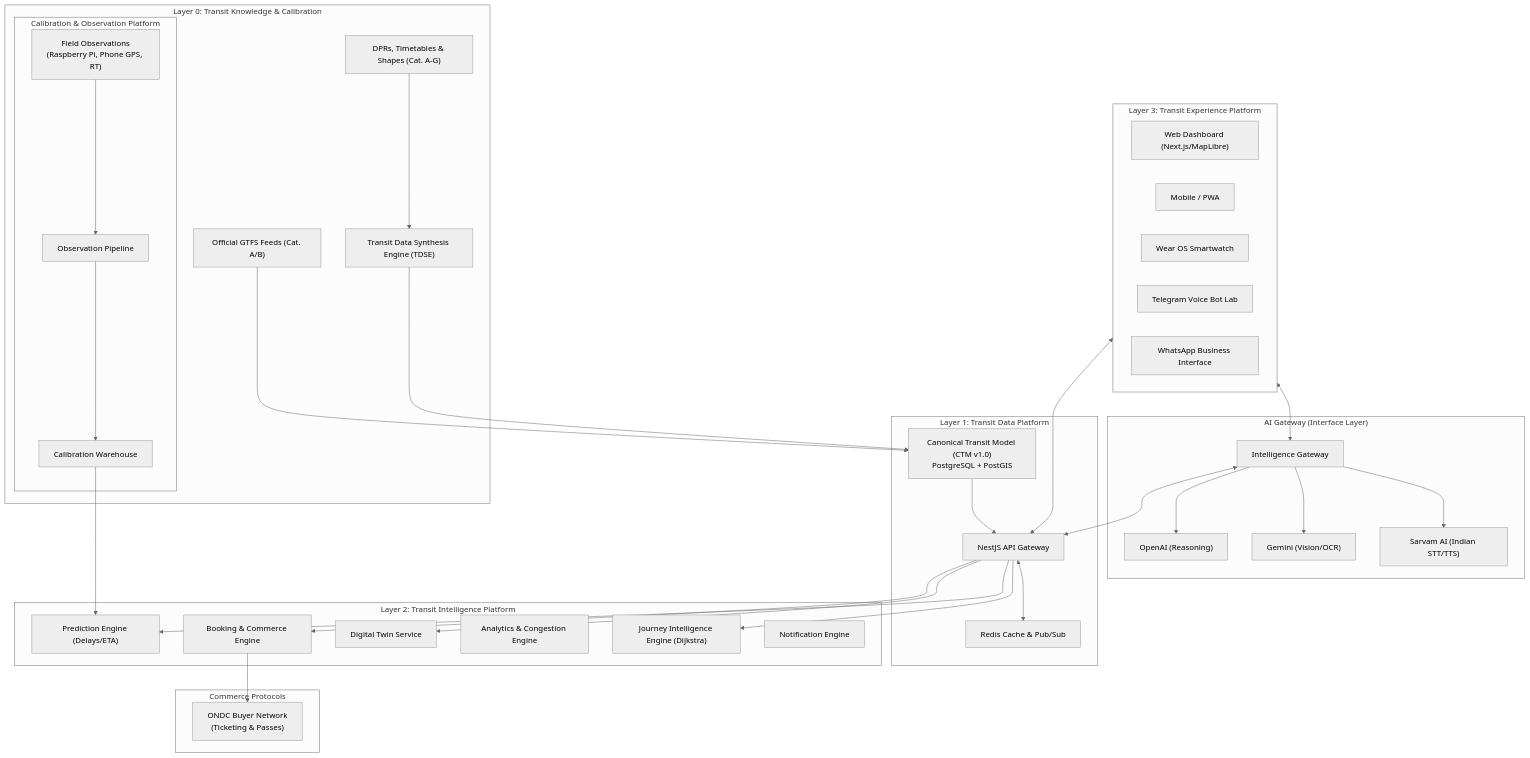
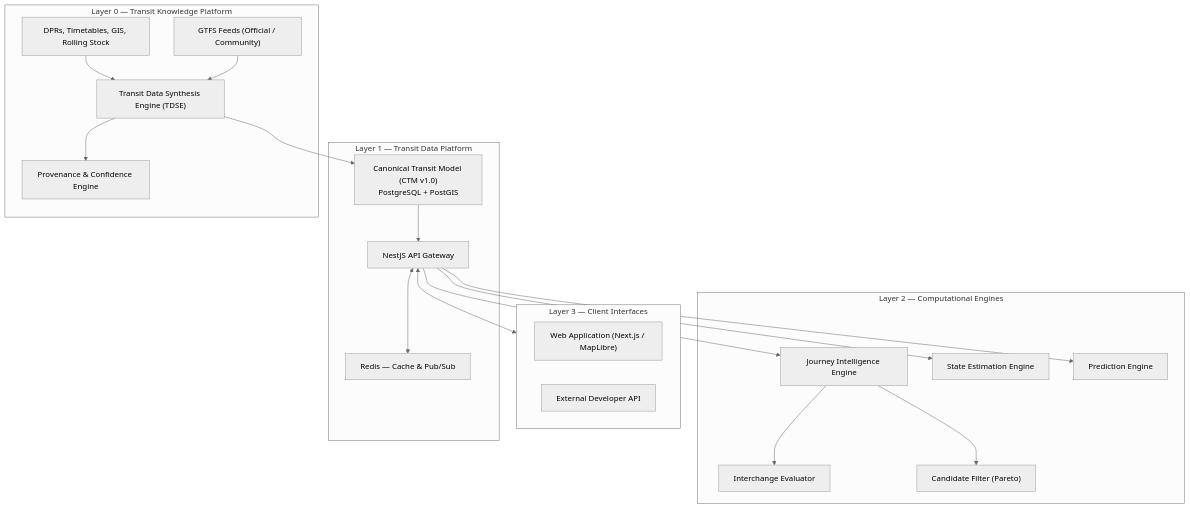
Before and after one commit to Gautam2665/MetroRadar: the first of 2 diagrams in ARCHITECTURE.md, drawn with Mermaid (neutral theme). The commit also changed other lines of this file and 13 other files, not shown here.

````diff
--- a/ARCHITECTURE.md
+++ b/ARCHITECTURE.md
@@ -13,67 +33,41 @@
 ```mermaid
 graph TD
-    subgraph Experience["Layer 3: Transit Experience Platform"]
-        Web["Web Dashboard (Next.js/MapLibre)"]
-        Mobile["Mobile / PWA"]
-        Watch["Wear OS Smartwatch"]
-        Telegram["Telegram Voice Bot Lab"]
-        WhatsApp["WhatsApp Business Interface"]
+    subgraph L3["Layer 3 — Client Interfaces"]
+        Web["Web Application (Next.js / MapLibre)"]
+        API_ext["External Developer API"]
     end
 
-    subgraph IntelligenceGateway["AI Gateway (Interface Layer)"]
-        IG["Intelligence Gateway"]
-        Sarvam["Sarvam AI (Indian STT/TTS)"]
-        Gemini["Gemini (Vision/OCR)"]
-        OpenAI["OpenAI (Reasoning)"]
-        IG --> Sarvam
-        IG --> Gemini
-        IG --> OpenAI
+    subgraph L2["Layer 2 — Computational Engines"]
+        JE["Journey Intelligence Engine"]
+        SEE["State Estimation Engine"]
+        PE["Prediction Engine"]
+        ICX["Interchange Evaluator"]
+        CF["Candidate Filter (Pareto)"]
     end
 
-    subgraph Intelligence["Layer 2: Transit Intelligence Platform"]
-        JourneyEngine["Journey Intelligence Engine (Dijkstra)"]
-        PredictionEngine["Prediction Engine (Delays/ETA)"]
-        TwinService["Digital Twin Service"]
-        AnalyticsEngine["Analytics & Congestion Engine"]
-        BookingEngine["Booking & Commerce Engine"]
-        NotificationEngine["Notification Engine"]
+    subgraph L1["Layer 1 — Transit Data Platform"]
+        CTM["Canonical Transit Model (CTM v1.0)\nPostgreSQL + PostGIS"]
+        Redis["Redis — Cache & Pub/Sub"]
+        Gateway["NestJS API Gateway"]
     end
 
-    subgraph DataPlatform["Layer 1: Transit Data Platform"]
-        CTM["Canonical Transit Model (CTM v1.0)\nPostgreSQL + PostGIS"]
-        Redis["Redis Cache & Pub/Sub"]
-        APIGateway["NestJS API Gateway"]
+    subgraph L0["Layer 0 — Transit Knowledge Platform"]
+        TDSE["Transit Data Synthesis Engine (TDSE)"]
+        GTFS_in["GTFS Feeds (Official / Community)"]
+        DPR["DPRs, Timetables, GIS, Rolling Stock"]
+        Provenance["Provenance & Confidence Engine"]
     end
 
-    subgraph Knowledge["Layer 0: Transit Knowledge & Calibration"]
-        GTFS["Official GTFS Feeds (Cat. A/B)"]
-        DPRs["DPRs, Timetables & Shapes (Cat. A-G)"]
-        TDSE["Transit Data Synthesis Engine (TDSE)"]
-        
-        subgraph Calibration["Calibration & Observation Platform"]
-            Obs["Field Observations\n(Raspberry Pi, Phone GPS, RT)"]
-            ObsPipe["Observation Pipeline"]
-            CalWarehouse["Calibration Warehouse"]
-            Obs --> ObsPipe --> CalWarehouse
-        end
-    end
-
-    subgraph Commerce["Commerce Protocols"]
-        ONDC["ONDC Buyer Network\n(Ticketing & Passes)"]
-    end
-
-    DPRs --> TDSE --> CTM
-    GTFS --> CTM
-    CalWarehouse --> PredictionEngine
-    CTM --> APIGateway
-    APIGateway <--> Redis
-    APIGateway --> JourneyEngine
-    APIGateway --> PredictionEngine
-    APIGateway --> TwinService
-    APIGateway --> BookingEngine
-    BookingEngine --> ONDC
-
-    APIGateway <--> Experience
-    IG <--> APIGateway
-    Experience <--> IG
+    DPR --> TDSE
+    GTFS_in --> TDSE
+    TDSE --> Provenance
+    TDSE --> CTM
+    CTM --> Gateway
+    Gateway <--> Redis
+    Gateway --> JE
+    Gateway --> SEE
+    Gateway --> PE
+    JE --> ICX
+    JE --> CF
+    Gateway <--> L3
 ```
````
